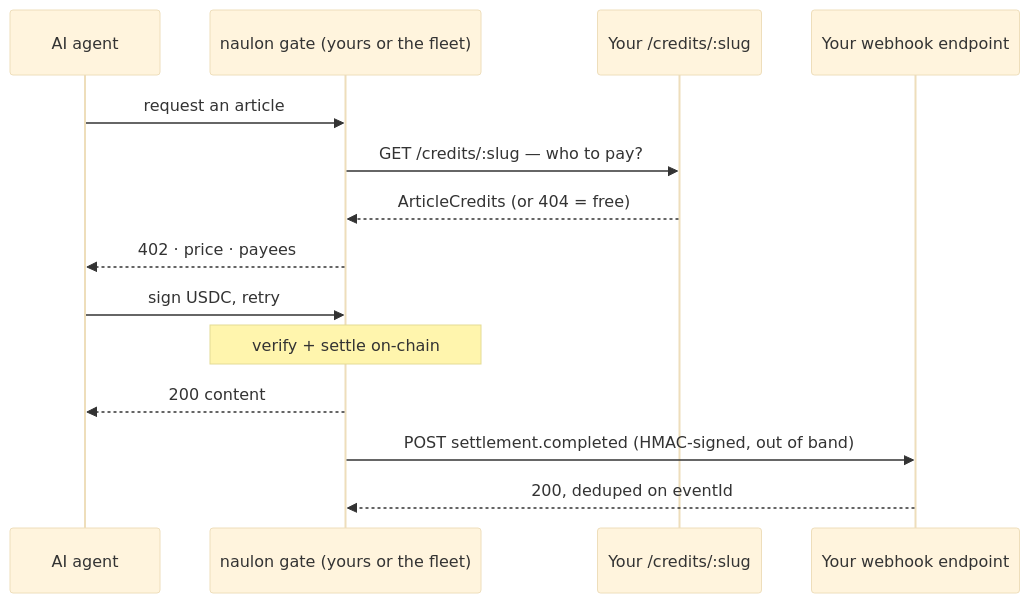
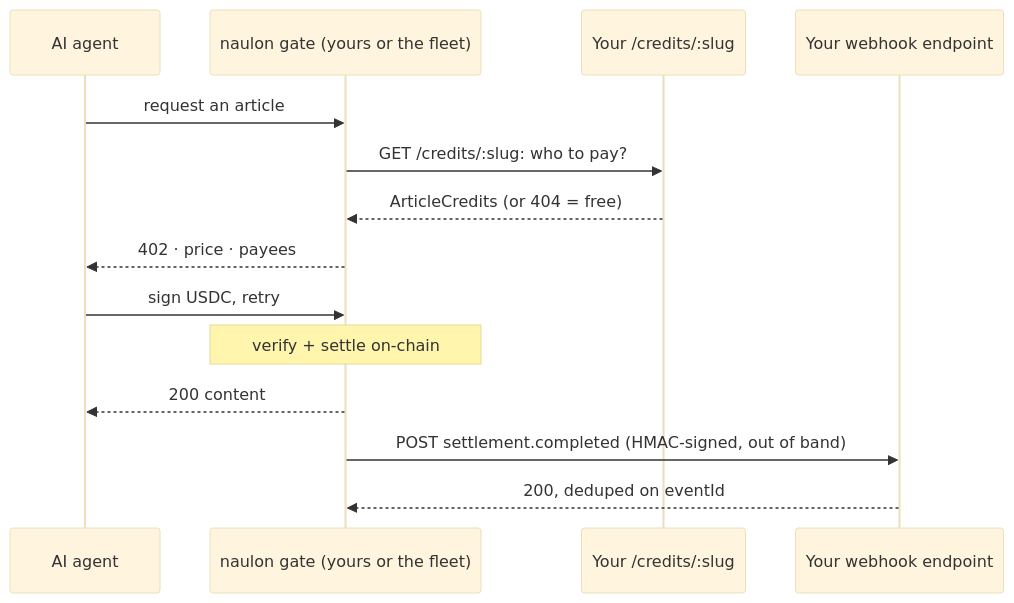
One commit to naulonapp/naulon changed the diagram in docs/integration-guide.md. Above: the diagram before and after it, drawn with Mermaid (base theme). The commit also changed other lines of this file and 19 other files, not shown here.

````diff
--- a/docs/integration-guide.md
+++ b/docs/integration-guide.md
@@ -20,17 +20,17 @@
 ```mermaid
 sequenceDiagram
     participant Ag as AI agent
     participant Gate as naulon gate (yours or the fleet)
     participant Cr as Your /credits/:slug
     participant Hook as Your webhook endpoint
 
     Ag->>Gate: request an article
-    Gate->>Cr: GET /credits/:slug — who to pay?
+    Gate->>Cr: GET /credits/:slug: who to pay?
     Cr-->>Gate: ArticleCredits (or 404 = free)
     Gate-->>Ag: 402 · price · payees
     Ag->>Gate: sign USDC, retry
     Note over Gate: verify + settle on-chain
     Gate-->>Ag: 200 content
     Gate->>Hook: POST settlement.completed (HMAC-signed, out of band)
     Hook-->>Gate: 200, deduped on eventId
 ```
````
